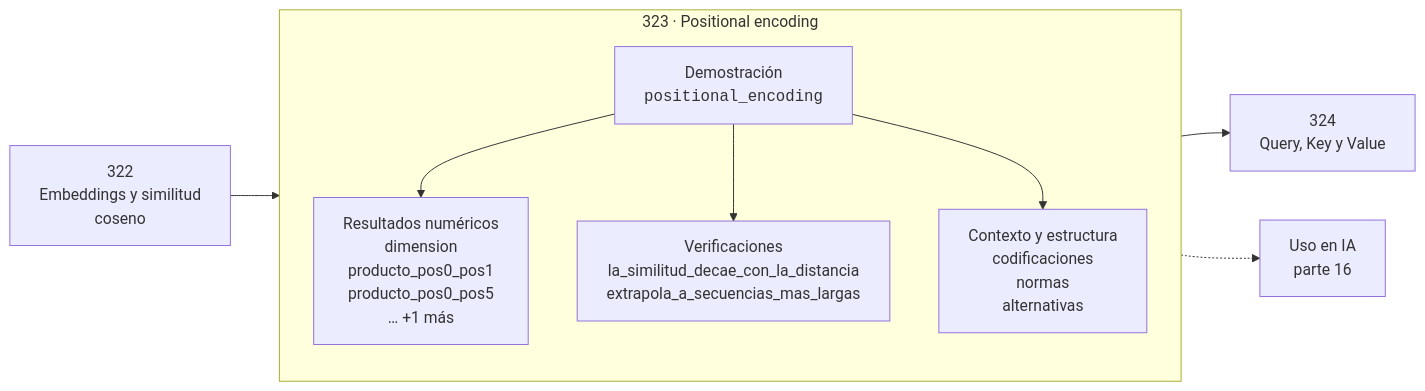
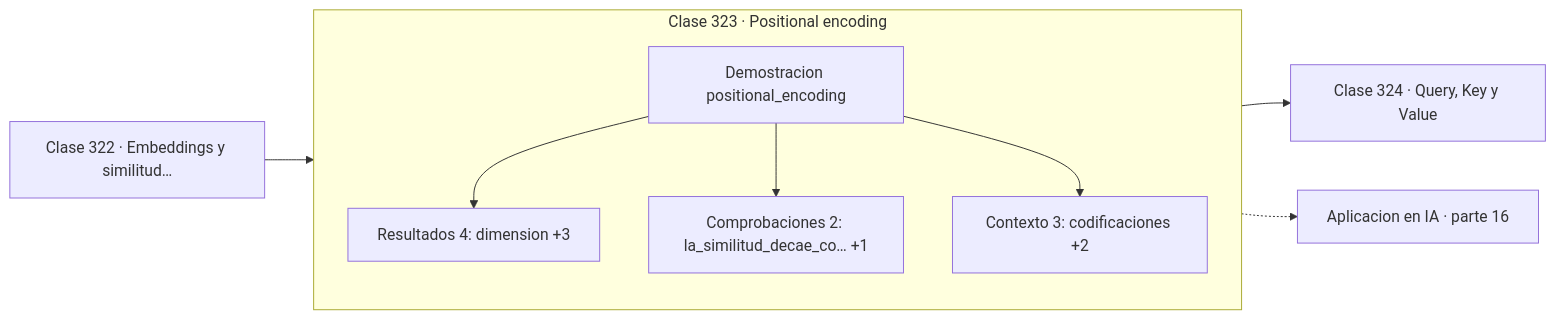
One commit to vladimiracunadev-create/computational-mathematics-program changed the diagram in classes/part-16-matematica-de-transformers-modelos-generativos-grafos-y-rl/323-positional-encoding/README.md. Above: the diagram before and after it, drawn with Mermaid. The commit also changed 389 other files, not shown here.

First line of the commit message:
fix(diagramas): elimina el HTML de las etiquetas Mermaid

````diff
--- a/classes/part-16-matematica-de-transformers-modelos-generativos-grafos-y-rl/323-positional-encoding/README.md
+++ b/classes/part-16-matematica-de-transformers-modelos-generativos-grafos-y-rl/323-positional-encoding/README.md
@@ -30,12 +30,13 @@
 ```mermaid
 flowchart LR
-    P["322<br/>Embeddings y similitud<br/>coseno"] --> C
-    subgraph C["323 · Positional encoding"]
+    P["Clase 322 · Embeddings y similitud…"] --> D
+    subgraph CLASE["Clase 323 · Positional encoding"]
         direction TB
-        D["Demostración<br/><code>positional_encoding</code>"] --> R["Resultados numéricos<br/>dimension<br/>producto_pos0_pos1<br/>producto_pos0_pos5<br/>… +1 más"]
-        D --> V["Verificaciones<br/>la_similitud_decae_con_la_distancia<br/>extrapola_a_secuencias_mas_largas"]
-        D --> O["Contexto y estructura<br/>codificaciones<br/>normas<br/>alternativas"]
+        D["Demostracion positional_encoding"]
+        D --> R["Resultados 4: dimension +3"]
+        D --> V["Comprobaciones 2: la_similitud_decae_co… +1"]
+        D --> O["Contexto 3: codificaciones +2"]
     end
-    C --> N["324<br/>Query, Key y Value"]
-    C -.-> IA["Uso en IA<br/>parte 16"]
+    R --> N["Clase 324 · Query, Key y Value"]
+    V -.-> IA["Aplicacion en IA · parte 16"]
 ```
````
